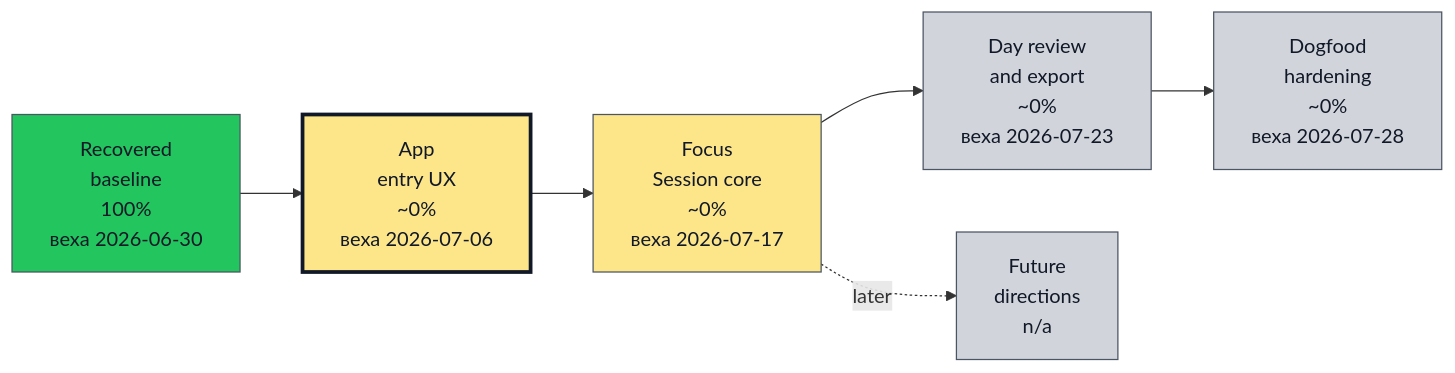
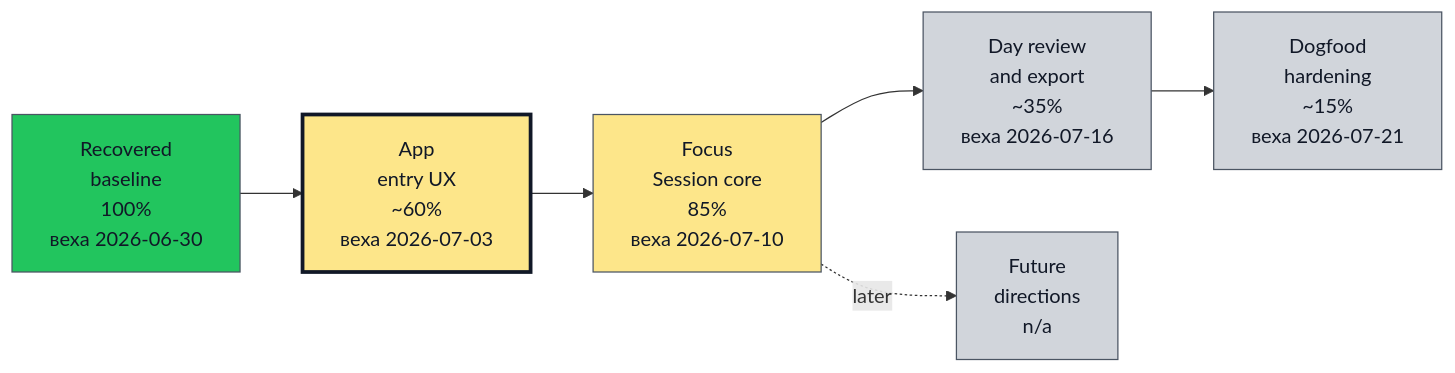
Before and after one commit to asukhodko/timeskein: the first of 2 diagrams in docs/roadmap/opskarta.md, drawn with Mermaid. The commit also changed other lines of this file and 43 other files, not shown here.

Commit message:
Recover Timeskein focus session baseline

````diff
--- a/docs/roadmap/opskarta.md
+++ b/docs/roadmap/opskarta.md
@@ -18,32 +18,32 @@
 ```mermaid
 flowchart LR
 
     classDef exec_done fill:#22c55e,stroke:#4b5563,color:#111827,stroke-width:1px
     classDef exec_in_progress fill:#0ea5e9,stroke:#4b5563,color:#111827,stroke-width:1px
     classDef exec_blocked fill:#fecaca,stroke:#4b5563,color:#111827,stroke-width:1px
     classDef exec_not_started fill:#9ca3af,stroke:#4b5563,color:#111827,stroke-width:1px
     classDef exec_mgmt_green fill:#86efac,stroke:#4b5563,color:#111827,stroke-width:1px
     classDef exec_mgmt_yellow fill:#fde68a,stroke:#4b5563,color:#111827,stroke-width:1px
     classDef exec_mgmt_red fill:#fca5a5,stroke:#4b5563,color:#111827,stroke-width:1px
     classDef exec_mgmt_neutral fill:#d1d5db,stroke:#4b5563,color:#111827,stroke-width:1px
 
     recovered_baseline["Recovered<br/>baseline<br/>100%<br/>веха 2026-06-30"]
     class recovered_baseline exec_done
-    app_entry_ux["App<br/>entry UX<br/>~0%<br/>веха 2026-07-06"]
+    app_entry_ux["App<br/>entry UX<br/>~60%<br/>веха 2026-07-03"]
     class app_entry_ux exec_mgmt_yellow
     style app_entry_ux stroke:#111827,stroke-width:3px
-    focus_session_core["Focus<br/>Session core<br/>~0%<br/>веха 2026-07-17"]
+    focus_session_core["Focus<br/>Session core<br/>85%<br/>веха 2026-07-10"]
     class focus_session_core exec_mgmt_yellow
-    day_review_export["Day review<br/>and export<br/>~0%<br/>веха 2026-07-23"]
+    day_review_export["Day review<br/>and export<br/>~35%<br/>веха 2026-07-16"]
     class day_review_export exec_mgmt_neutral
-    dogfood_hardening["Dogfood<br/>hardening<br/>~0%<br/>веха 2026-07-28"]
+    dogfood_hardening["Dogfood<br/>hardening<br/>~15%<br/>веха 2026-07-21"]
     class dogfood_hardening exec_mgmt_neutral
     future_directions["Future<br/>directions<br/>n/a"]
     class future_directions exec_mgmt_neutral
 
     recovered_baseline --> app_entry_ux
     app_entry_ux --> focus_session_core
     focus_session_core --> day_review_export
     day_review_export --> dogfood_hardening
     focus_session_core -. later .-> future_directions
 ```
````
